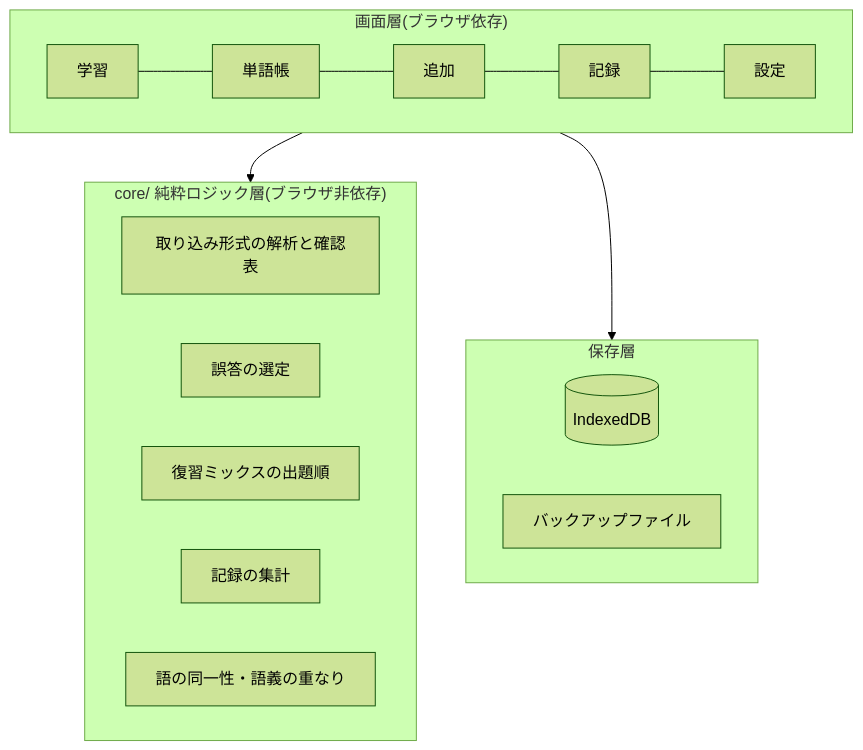
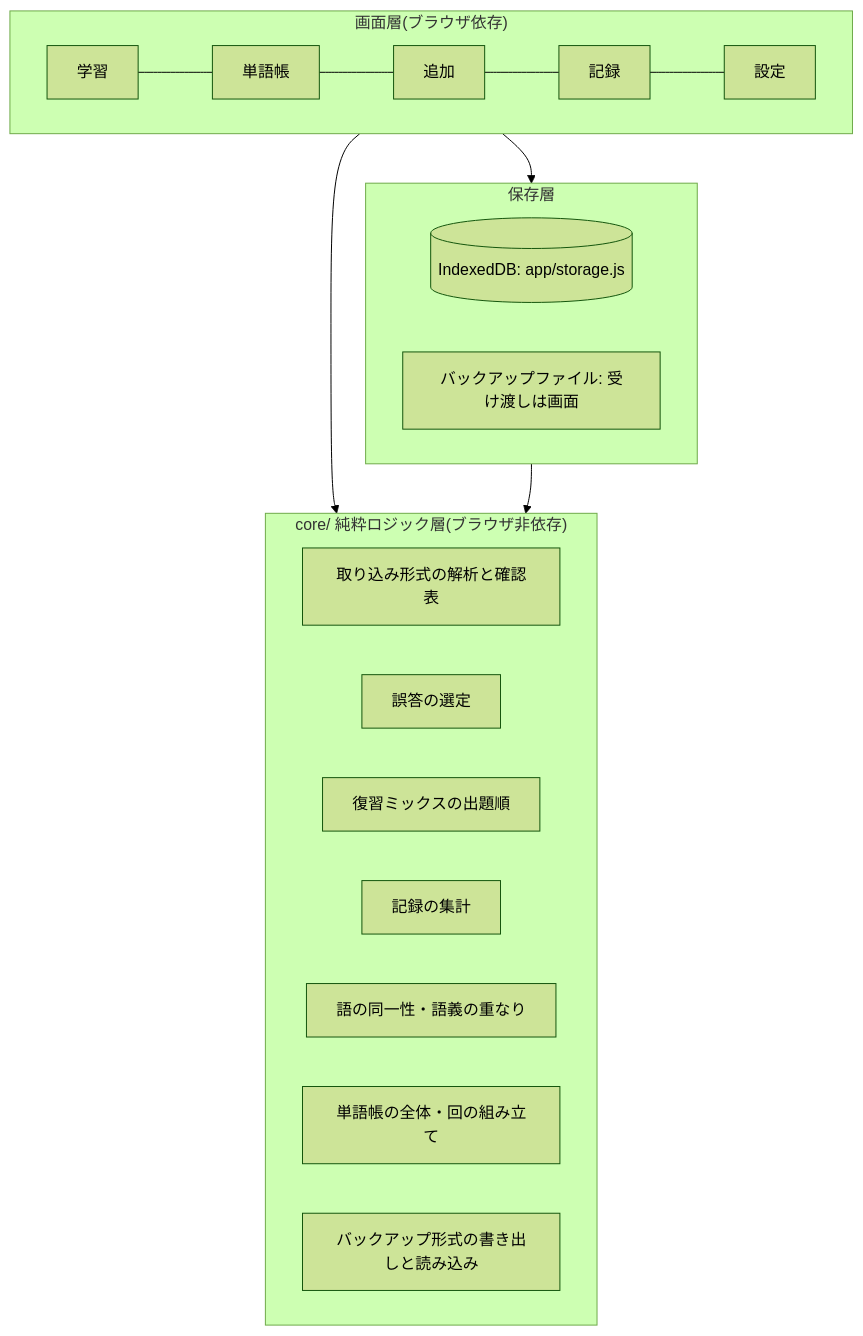
Before and after one commit to Hirano-Soura/tango-drill: the diagram in Docs/10_Design.md, drawn with Mermaid (forest theme). The commit also changed other lines of this file and 18 other files, not shown here.

````diff
--- a/Docs/10_Design.md
+++ b/Docs/10_Design.md
@@ -32,22 +35,25 @@
 ```mermaid
 flowchart TB
   subgraph UI["画面層(ブラウザ依存)"]
     A[学習] --- B[単語帳]
     B --- C[追加]
     C --- D[記録]
     D --- E[設定]
   end
   subgraph CORE["core/ 純粋ロジック層(ブラウザ非依存)"]
     P[取り込み形式の解析と確認表]
     Q[誤答の選定]
     R[復習ミックスの出題順]
     S[記録の集計]
     T[語の同一性・語義の重なり]
+    K[単語帳の全体・回の組み立て]
+    V[バックアップ形式の書き出しと読み込み]
   end
   subgraph STORE["保存層"]
-    I[(IndexedDB)]
-    F[バックアップファイル]
+    I[(IndexedDB: app/storage.js)]
+    F[バックアップファイル: 受け渡しは画面]
   end
   UI --> CORE
   UI --> STORE
+  STORE --> CORE
 ```
````
